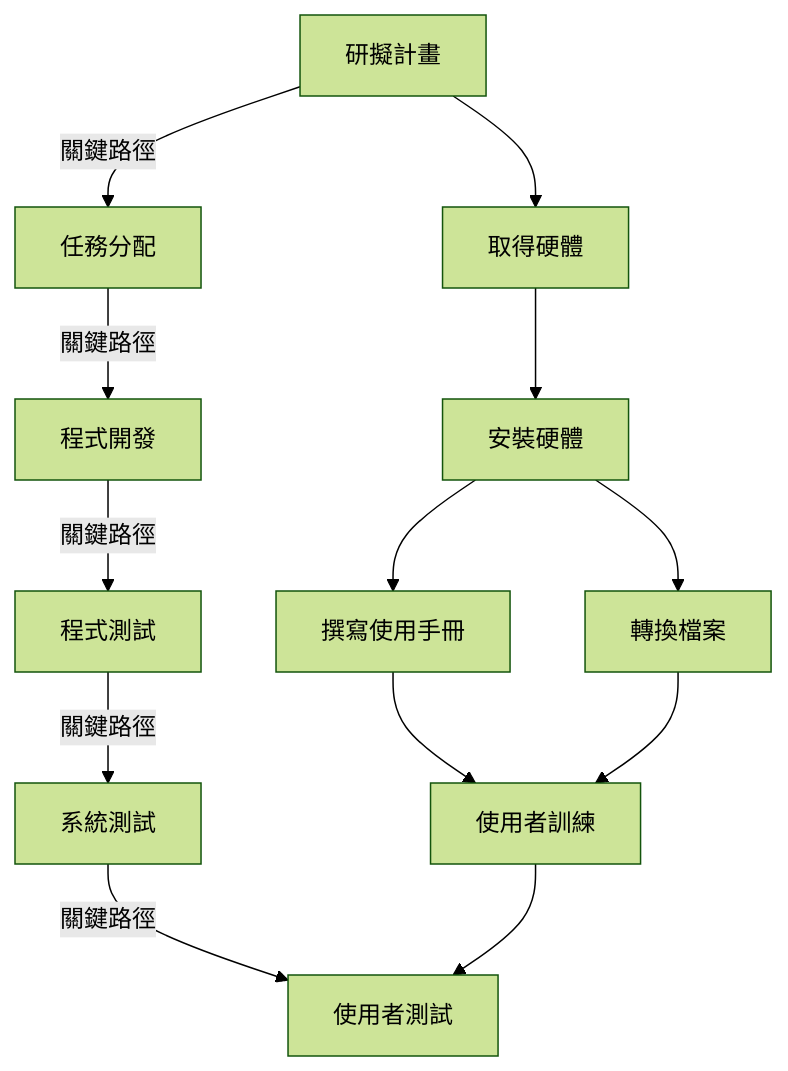
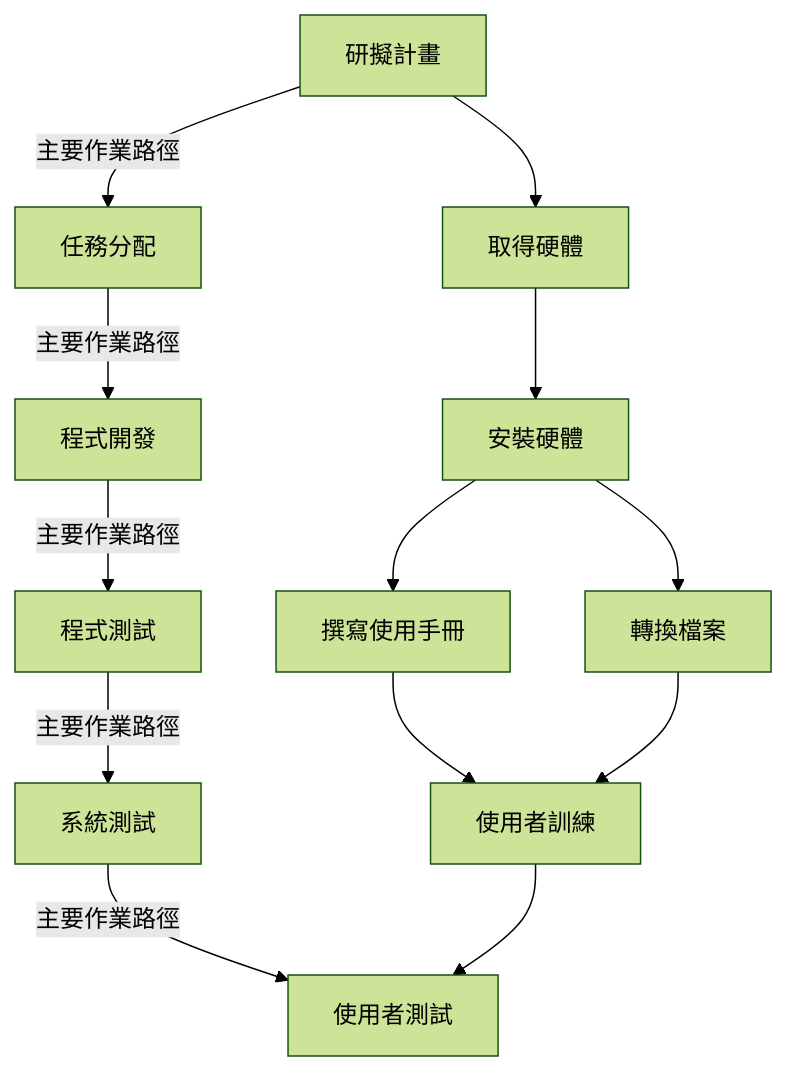
One commit to C112118117/Markdown- changed the third of 3 diagrams in hw2.md. Above: the diagram before and after it, drawn with Mermaid (forest theme).

````diff
--- a/hw2.md
+++ b/hw2.md
@@ -44,16 +44,16 @@
 ```mermaid
 flowchart TD
- a1[研擬計畫] -- 關鍵路徑 --> a2[任務分配]
+ a1[研擬計畫] -- 主要作業路徑 --> a2[任務分配]
     a1 --> a3[取得硬體]
-    a2 -- 關鍵路徑 --> a4[程式開發]
+    a2 -- 主要作業路徑 --> a4[程式開發]
     a3 --> a5[安裝硬體]
-    a4 -- 關鍵路徑 --> a6[程式測試]
+    a4 -- 主要作業路徑 --> a6[程式測試]
     a5 --> a7[撰寫使用手冊]
     a5 --> a8[轉換檔案]
-    a6 -- 關鍵路徑 --> a9[系統測試]
+    a6 -- 主要作業路徑 --> a9[系統測試]
     a7 --> a10[使用者訓練]
     a8 --> a10
-    a9 -- 關鍵路徑 --> a11[使用者測試]
+    a9 -- 主要作業路徑 --> a11[使用者測試]
     a10 --> a11
 
 ```
````
